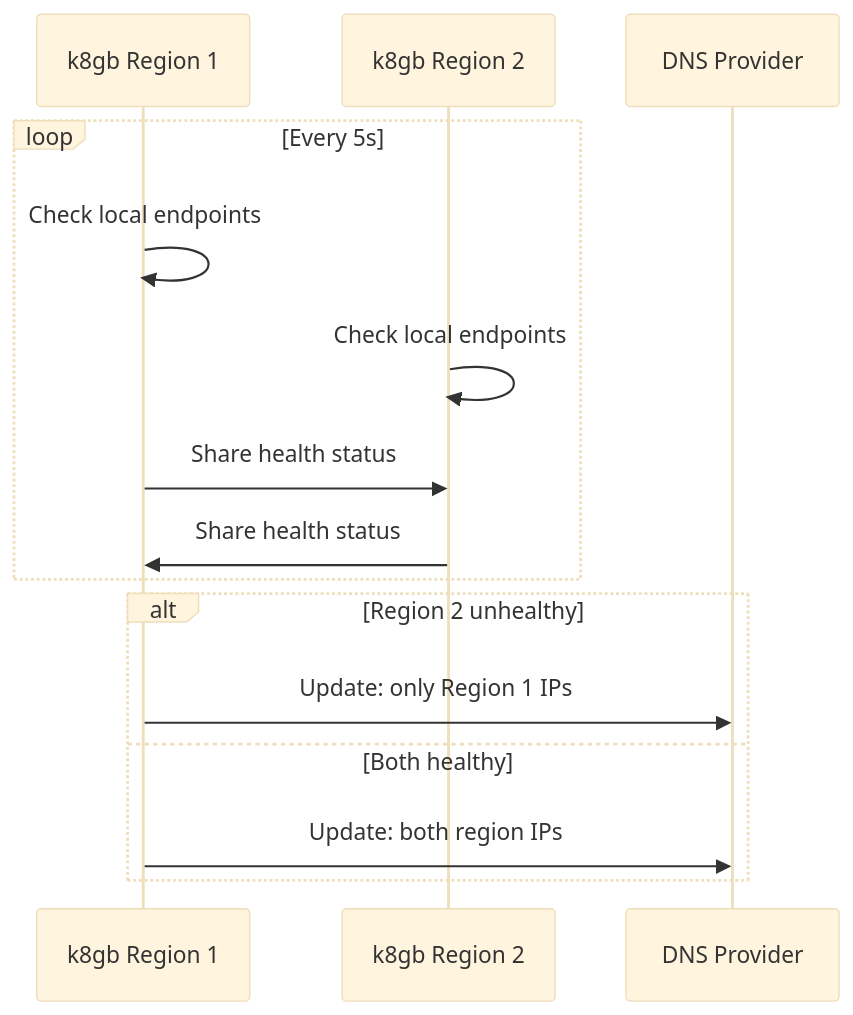
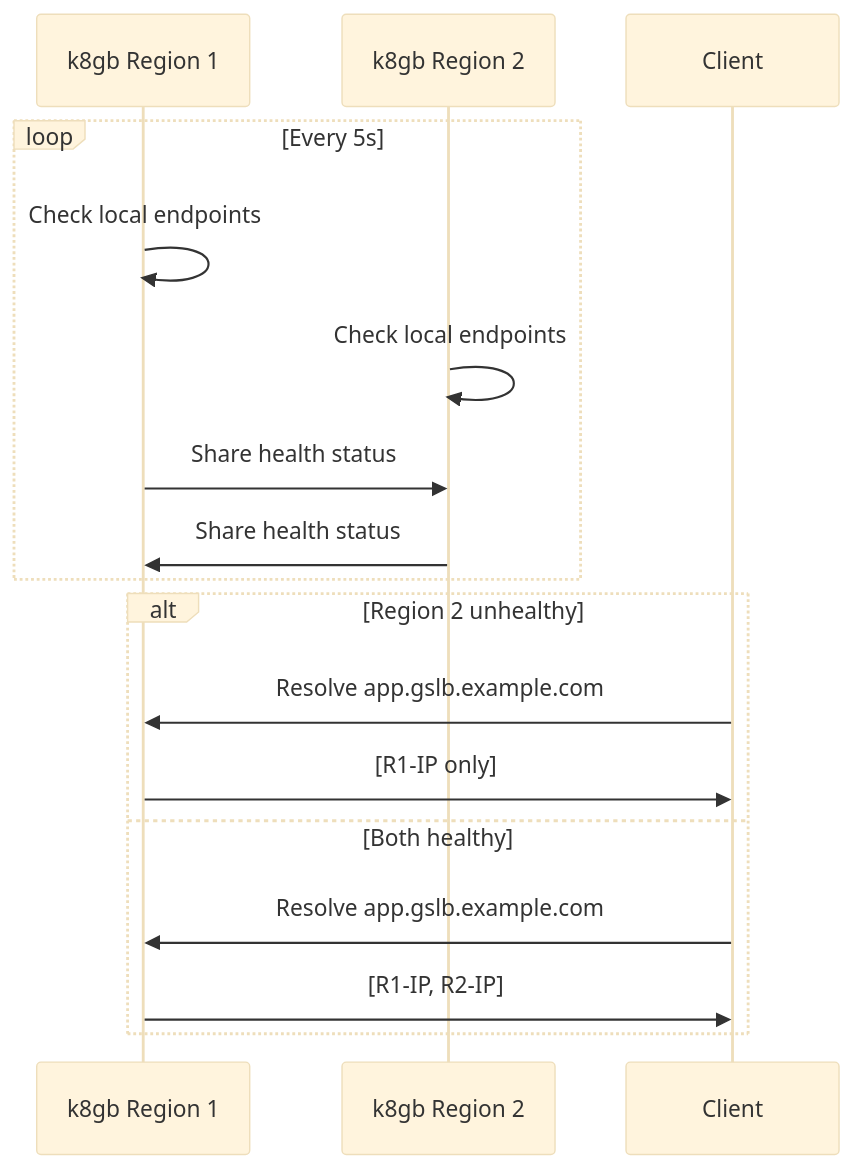
Before and after one commit to openova-io/handbook: the fourth of 6 diagrams in docs/specs/SPEC-DNS-FAILOVER.md, drawn with Mermaid (base theme). The commit also changed other lines of this file and 19 other files, not shown here.

First line of the commit message:
docs: update architecture for Cilium Service Mesh and Gitea

````diff
--- a/docs/specs/SPEC-DNS-FAILOVER.md
+++ b/docs/specs/SPEC-DNS-FAILOVER.md
@@ -160,19 +231,21 @@
 ```mermaid
 sequenceDiagram
     participant K8GB1 as k8gb Region 1
     participant K8GB2 as k8gb Region 2
-    participant DNS as DNS Provider
+    participant Client as Client
 
     loop Every 5s
         K8GB1->>K8GB1: Check local endpoints
         K8GB2->>K8GB2: Check local endpoints
         K8GB1->>K8GB2: Share health status
         K8GB2->>K8GB1: Share health status
     end
 
     alt Region 2 unhealthy
-        K8GB1->>DNS: Update: only Region 1 IPs
+        Client->>K8GB1: Resolve app.gslb.example.com
+        K8GB1->>Client: [R1-IP only]
     else Both healthy
-        K8GB1->>DNS: Update: both region IPs
+        Client->>K8GB1: Resolve app.gslb.example.com
+        K8GB1->>Client: [R1-IP, R2-IP]
     end
 ```
````
